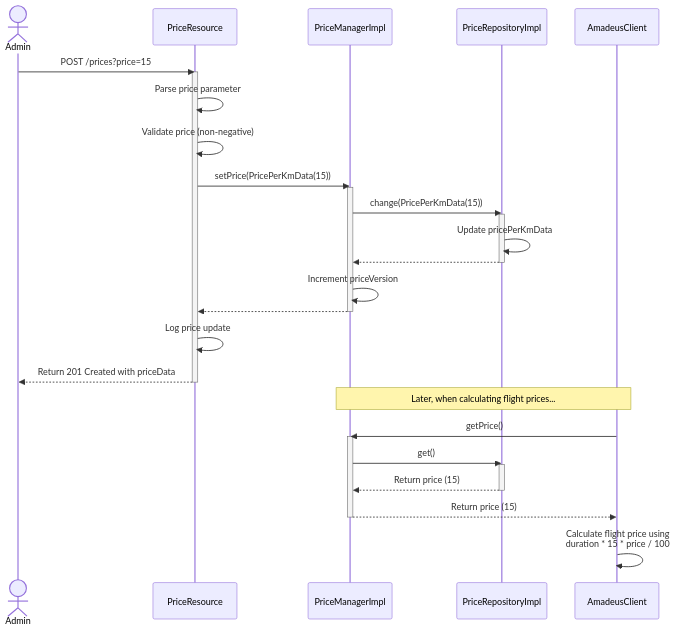
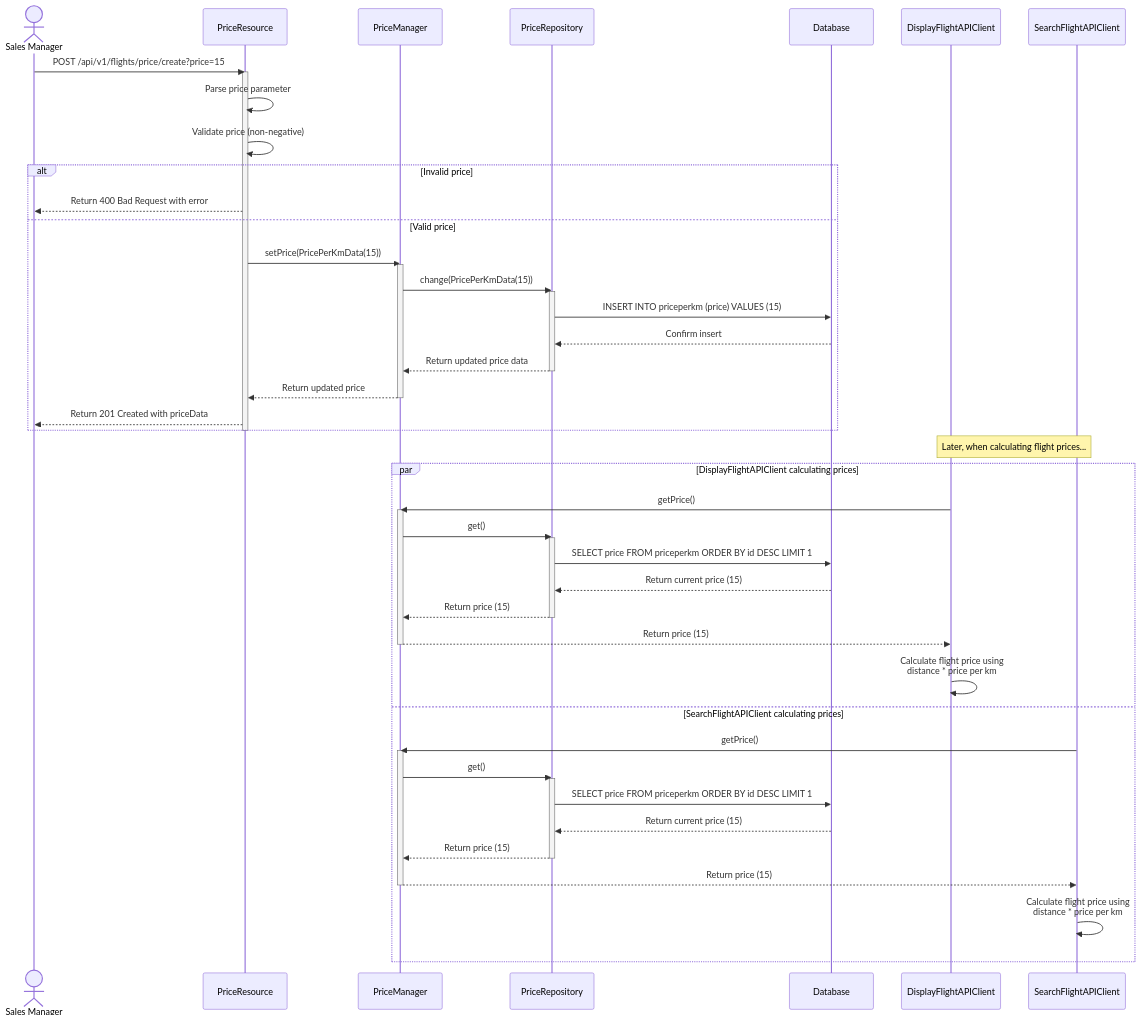
Before and after one commit to Leonardo-Notargiacomo/SkyVoyage: the diagram in design/sequenceDiagrams/setPricePerKmSequenceDiagram.md, drawn with Mermaid. The commit also changed other lines of this file, not shown here.

````diff
--- a/design/sequenceDiagrams/setPricePerKmSequenceDiagram.md
+++ b/design/sequenceDiagrams/setPricePerKmSequenceDiagram.md
@@ -5,48 +5,64 @@
 ```mermaid
 sequenceDiagram
-    actor Admin
+    actor Sales Manager
     participant PriceResource as PriceResource
-    participant PriceManagerImpl as PriceManagerImpl
-    participant PriceRepositoryImpl as PriceRepositoryImpl
-    participant AmadeusClient as AmadeusClient
-    
-    Admin ->> PriceResource: POST /prices?price=15
+    participant PriceManager as PriceManager
+    participant PriceRepository as PriceRepository
+    participant Database as Database
+    participant DisplayFlightAPIClient as DisplayFlightAPIClient
+    participant SearchFlightAPIClient as SearchFlightAPIClient
+
+    Sales Manager ->> PriceResource: POST /api/v1/flights/price/create?price=15
     activate PriceResource
-    
+
     PriceResource ->> PriceResource: Parse price parameter
     PriceResource ->> PriceResource: Validate price (non-negative)
-    
-    PriceResource ->> PriceManagerImpl: setPrice(PricePerKmData(15))
-    activate PriceManagerImpl
-    
-    PriceManagerImpl ->> PriceRepositoryImpl: change(PricePerKmData(15))
-    activate PriceRepositoryImpl
-    
-    PriceRepositoryImpl ->> PriceRepositoryImpl: Update pricePerKmData
-    PriceRepositoryImpl -->> PriceManagerImpl: 
-    deactivate PriceRepositoryImpl
 
-    PriceManagerImpl ->> PriceManagerImpl: Increment priceVersion
-    PriceManagerImpl -->> PriceResource: 
-    deactivate PriceManagerImpl
+    alt Invalid price
+        PriceResource -->> Sales Manager: Return 400 Bad Request with error
+    else Valid price
+        PriceResource ->> PriceManager: setPrice(PricePerKmData(15))
+        activate PriceManager
 
-    PriceResource ->> PriceResource: Log price update
-    PriceResource -->> Admin: Return 201 Created with priceData
+        PriceManager ->> PriceRepository: change(PricePerKmData(15))
+        activate PriceRepository
+        PriceRepository ->> Database: INSERT INTO priceperkm (price) VALUES (15)
+        Database -->> PriceRepository: Confirm insert
+        PriceRepository -->> PriceManager: Return updated price data
+        deactivate PriceRepository
+
+        PriceManager -->> PriceResource: Return updated price
+        deactivate PriceManager
+
+        PriceResource -->> Sales Manager: Return 201 Created with priceData
+    end
     deactivate PriceResource
 
-    Note over AmadeusClient, PriceManagerImpl: Later, when calculating flight prices...
+    Note over DisplayFlightAPIClient, SearchFlightAPIClient: Later, when calculating flight prices...
 
-    AmadeusClient ->> PriceManagerImpl: getPrice()
-    activate PriceManagerImpl
-
-    PriceManagerImpl ->> PriceRepositoryImpl: get()
-    activate PriceRepositoryImpl
-
-    PriceRepositoryImpl -->> PriceManagerImpl: Return price (15)
-    deactivate PriceRepositoryImpl
-
-    PriceManagerImpl -->> AmadeusClient: Return price (15)
-    deactivate PriceManagerImpl
-
-    AmadeusClient ->> AmadeusClient: Calculate flight price using<br>duration * 15 * price / 100
+    par DisplayFlightAPIClient calculating prices
+        DisplayFlightAPIClient ->> PriceManager: getPrice()
+        activate PriceManager
+        PriceManager ->> PriceRepository: get()
+        activate PriceRepository
+        PriceRepository ->> Database: SELECT price FROM priceperkm ORDER BY id DESC LIMIT 1
+        Database -->> PriceRepository: Return current price (15)
+        PriceRepository -->> PriceManager: Return price (15)
+        deactivate PriceRepository
+        PriceManager -->> DisplayFlightAPIClient: Return price (15)
+        deactivate PriceManager
+        DisplayFlightAPIClient ->> DisplayFlightAPIClient: Calculate flight price using<br>distance * price per km
+    and SearchFlightAPIClient calculating prices
+        SearchFlightAPIClient ->> PriceManager: getPrice()
+        activate PriceManager
+        PriceManager ->> PriceRepository: get()
+        activate PriceRepository
+        PriceRepository ->> Database: SELECT price FROM priceperkm ORDER BY id DESC LIMIT 1
+        Database -->> PriceRepository: Return current price (15)
+        PriceRepository -->> PriceManager: Return price (15)
+        deactivate PriceRepository
+        PriceManager -->> SearchFlightAPIClient: Return price (15)
+        deactivate PriceManager
+        SearchFlightAPIClient ->> SearchFlightAPIClient: Calculate flight price using<br>distance * price per km
+    end
 ```
````
